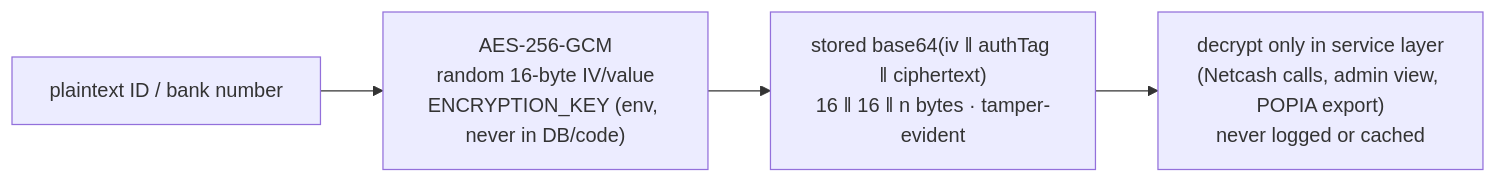
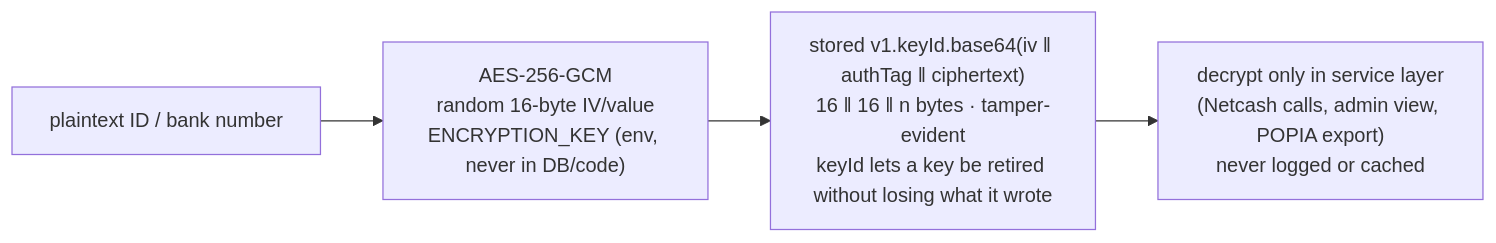
The second of 3 diagrams in docs/security/01-security-architecture.md (KSDRILL-SA/Xkimi-Xa-Mali), drawn with Mermaid before and after one commit. The commit also changed 20 other files, not shown here.

````diff
--- a/docs/security/01-security-architecture.md
+++ b/docs/security/01-security-architecture.md
@@ -40,6 +40,6 @@
 ```mermaid
 flowchart LR
     PT["plaintext ID / bank number"] --> ENC["AES-256-GCM<br/>random 16-byte IV/value<br/>ENCRYPTION_KEY (env, never in DB/code)"]
-    ENC --> DB["stored base64(iv ‖ authTag ‖ ciphertext)<br/>16 ‖ 16 ‖ n bytes · tamper-evident"]
+    ENC --> DB["stored v1.keyId.base64(iv ‖ authTag ‖ ciphertext)<br/>16 ‖ 16 ‖ n bytes · tamper-evident<br/>keyId lets a key be retired without losing what it wrote"]
     DB --> DEC["decrypt only in service layer<br/>(Netcash calls, admin view, POPIA export)<br/>never logged or cached"]
 ```
````
